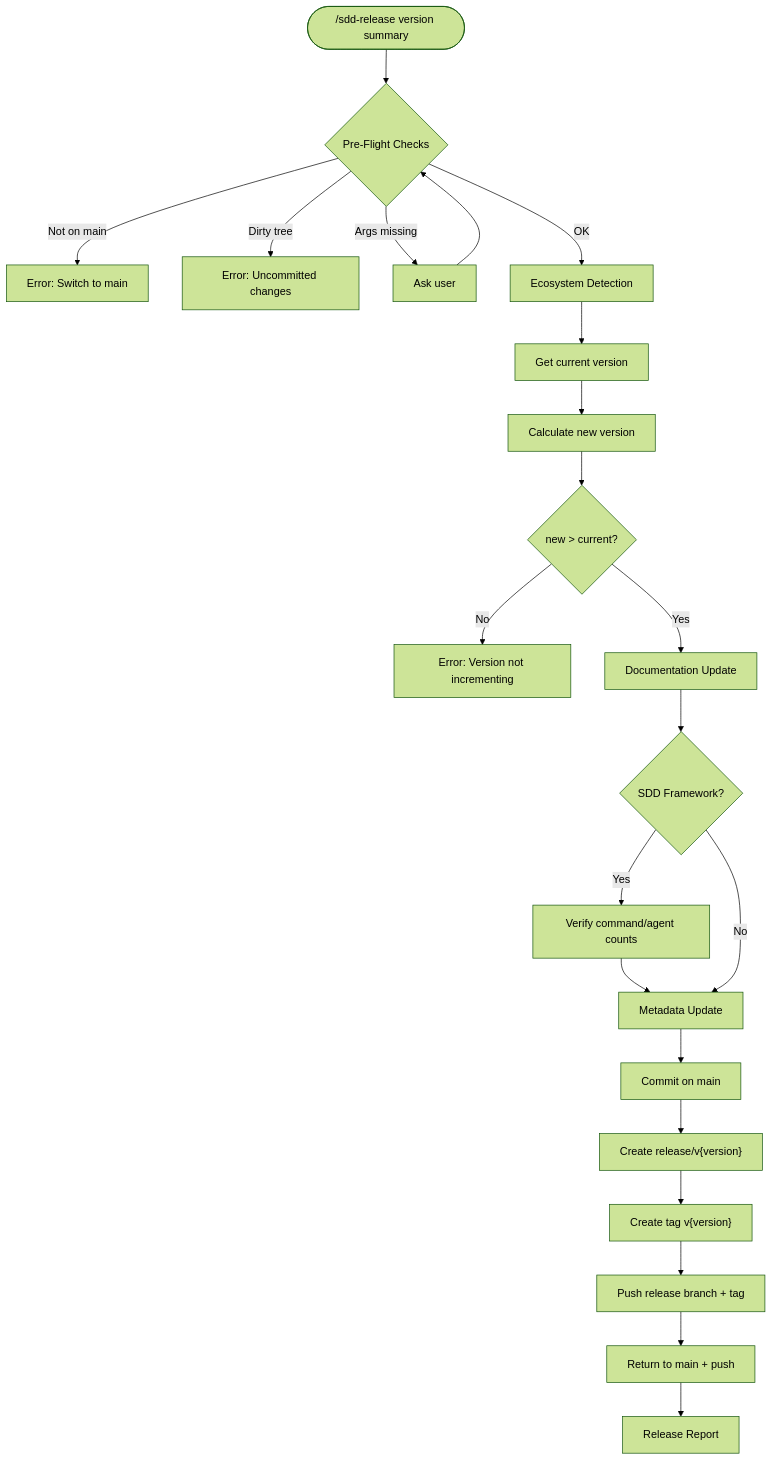
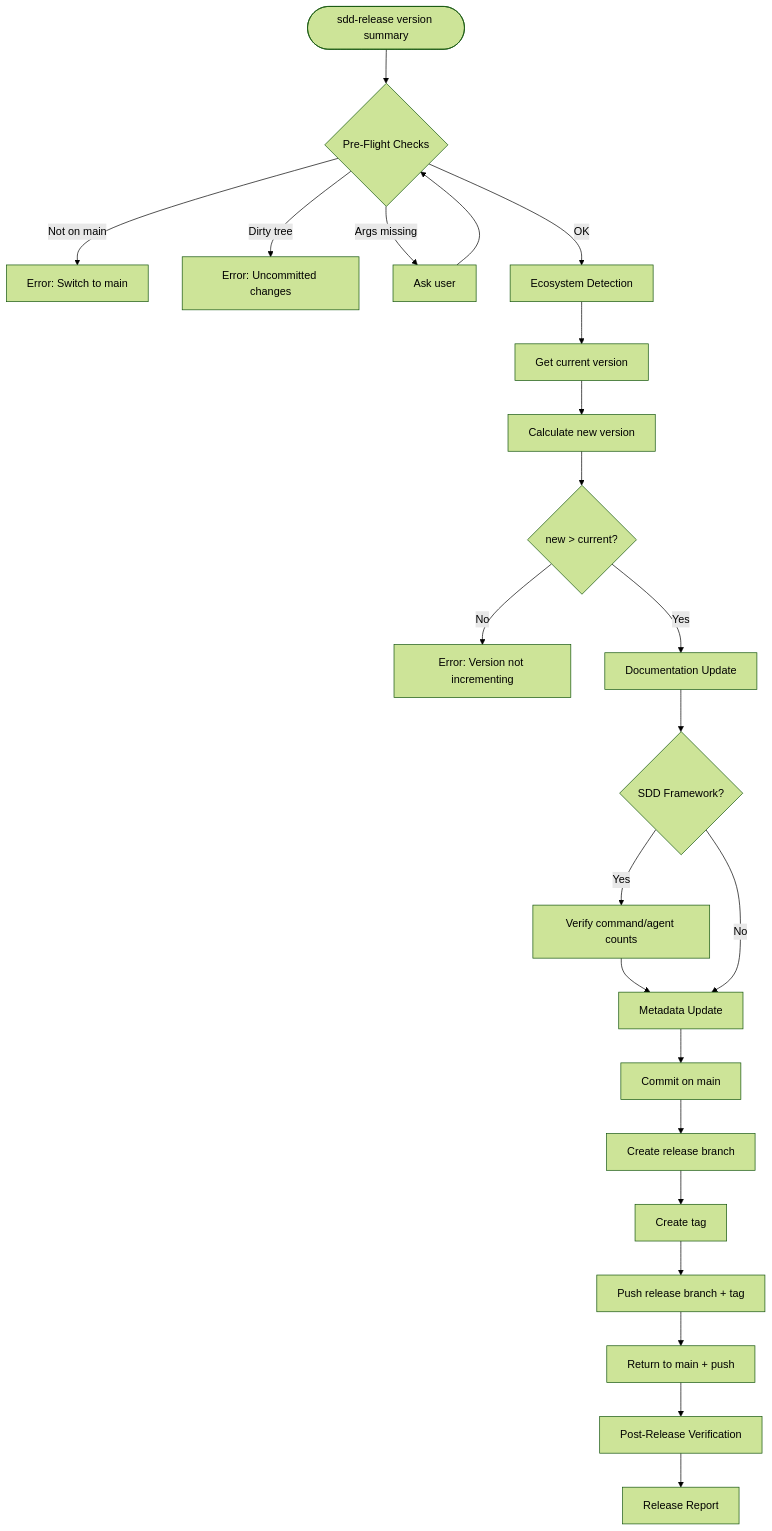
Before and after one commit to sync-dev-org/sync-sdd: the first of 3 diagrams in .claude/sdd/project/specs/release-automation/design.md, drawn with Mermaid (forest theme). The commit also changed other lines of this file and 8 other files, not shown here.

First line of the commit message:
release-automation: Add Post-Release Verification step (v1.1.0)

````diff
--- a/.claude/sdd/project/specs/release-automation/design.md
+++ b/.claude/sdd/project/specs/release-automation/design.md
@@ -105,24 +133,25 @@
 ```mermaid
 flowchart TD
-    Start(["/sdd-release version summary"]) --> Validate{Pre-Flight Checks}
+    Start(["sdd-release version summary"]) --> Validate{Pre-Flight Checks}
     Validate -->|Not on main| ErrBranch["Error: Switch to main"]
     Validate -->|Dirty tree| ErrDirty["Error: Uncommitted changes"]
     Validate -->|Args missing| AskUser["Ask user"]
     AskUser --> Validate
     Validate -->|OK| Detect["Ecosystem Detection"]
     Detect --> GetVersion["Get current version"]
     GetVersion --> CalcVersion["Calculate new version"]
     CalcVersion --> CheckVersion{new > current?}
     CheckVersion -->|No| ErrVersion["Error: Version not incrementing"]
     CheckVersion -->|Yes| DocUpdate["Documentation Update"]
     DocUpdate --> SddCheck{SDD Framework?}
     SddCheck -->|Yes| VerifyCounts["Verify command/agent counts"]
     VerifyCounts --> MetaUpdate
     SddCheck -->|No| MetaUpdate["Metadata Update"]
     MetaUpdate --> Commit["Commit on main"]
-    Commit --> Branch["Create release/v{version}"]
-    Branch --> Tag["Create tag v{version}"]
+    Commit --> Branch["Create release branch"]
+    Branch --> Tag["Create tag"]
     Tag --> PushRelease["Push release branch + tag"]
     PushRelease --> ReturnMain["Return to main + push"]
-    ReturnMain --> Report["Release Report"]
+    ReturnMain --> Verify["Post-Release Verification"]
+    Verify --> Report["Release Report"]
 ```
````
